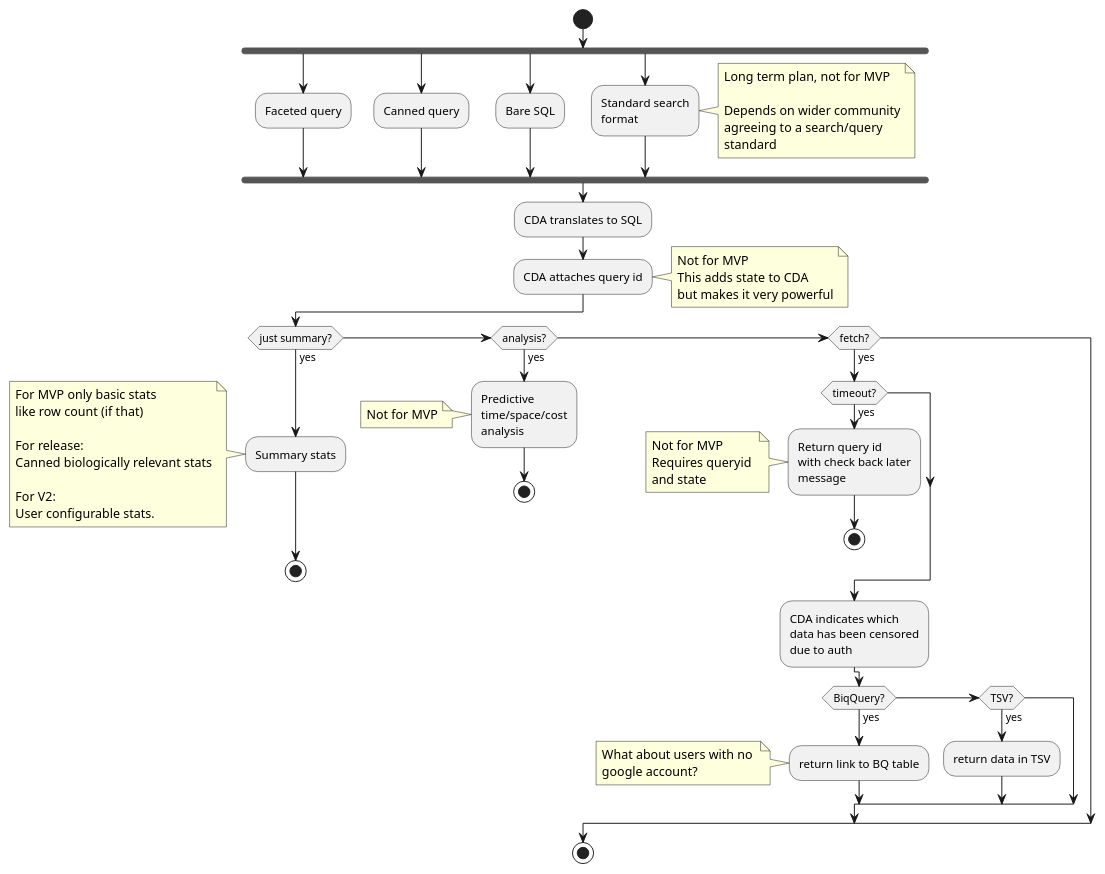
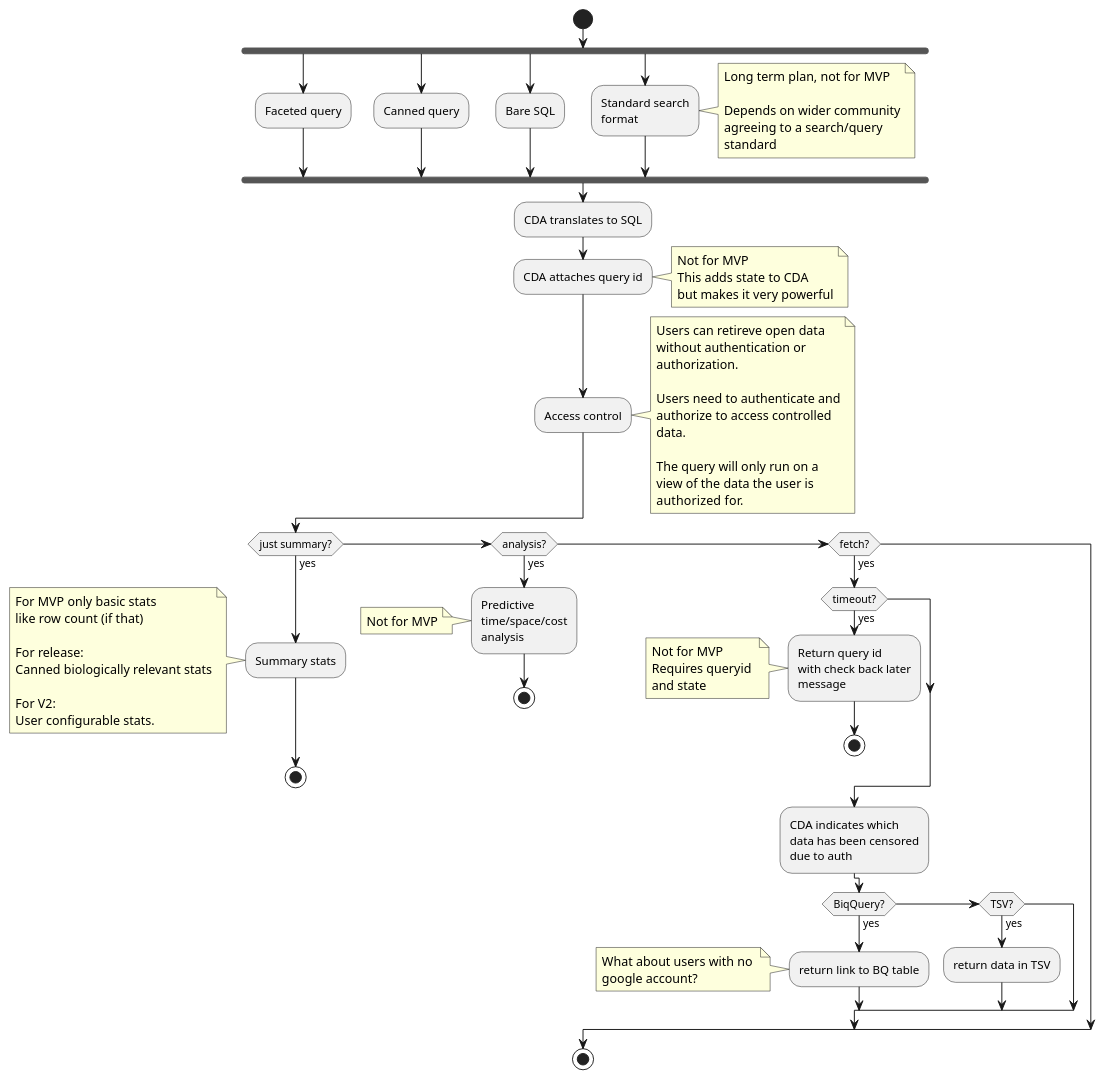
The diagram in user-flow.puml (CancerDataAggregator/api), drawn with PlantUML before and after one commit.

Commit message:
Add note about user scoping

```diff
--- a/user-flow.puml
+++ b/user-flow.puml
@@ -7,75 +1,90 @@
 @startuml detail-userflow
 
 start
 fork
     :Faceted query;
 fork again
     :Canned query;
 fork again
     :Bare SQL;
 fork again
     :Standard search\nformat;
 note right
 Long term plan, not for MVP
 
 Depends on wider community
 agreeing to a search/query
 standard
 end note
 end fork
 
 :CDA translates to SQL;
 :CDA attaches query id;
 note right
 Not for MVP
 This adds state to CDA
 but makes it very powerful
+end note
+
+:Access control;
+note right
+Users can retireve open data
+without authentication or 
+authorization.
+
+Users need to authenticate and
+authorize to access controlled
+data.
+
+The query will only run on a 
+view of the data the user is 
+authorized for.
 end note
 
 if (just summary?) then (yes)
     :Summary stats;
     note left
     For MVP only basic stats
     like row count (if that)
 
     For release: 
     Canned biologically relevant stats
 
     For V2: 
     User configurable stats.
     end note
     stop
 elseif (analysis?) then (yes)
     :Predictive\ntime/space/cost\nanalysis;
     note left
     Not for MVP
     end note
     stop
 elseif (fetch?) then (yes)
     if (timeout?) then (yes)
         :Return query id\nwith check back later\nmessage;
         note left
         Not for MVP
         Requires queryid 
         and state
         end note
         stop
     endif
 
     :CDA indicates which\ndata has been censored\ndue to auth;
     if (BiqQuery?) then (yes)
         :return link to BQ table;
         note left
         What about users with no 
         google account?
         end note
     elseif (TSV?) then (yes)
         :return data in TSV; 
     endif
 
 endif
 stop
 
 
 
 @endmul
```
